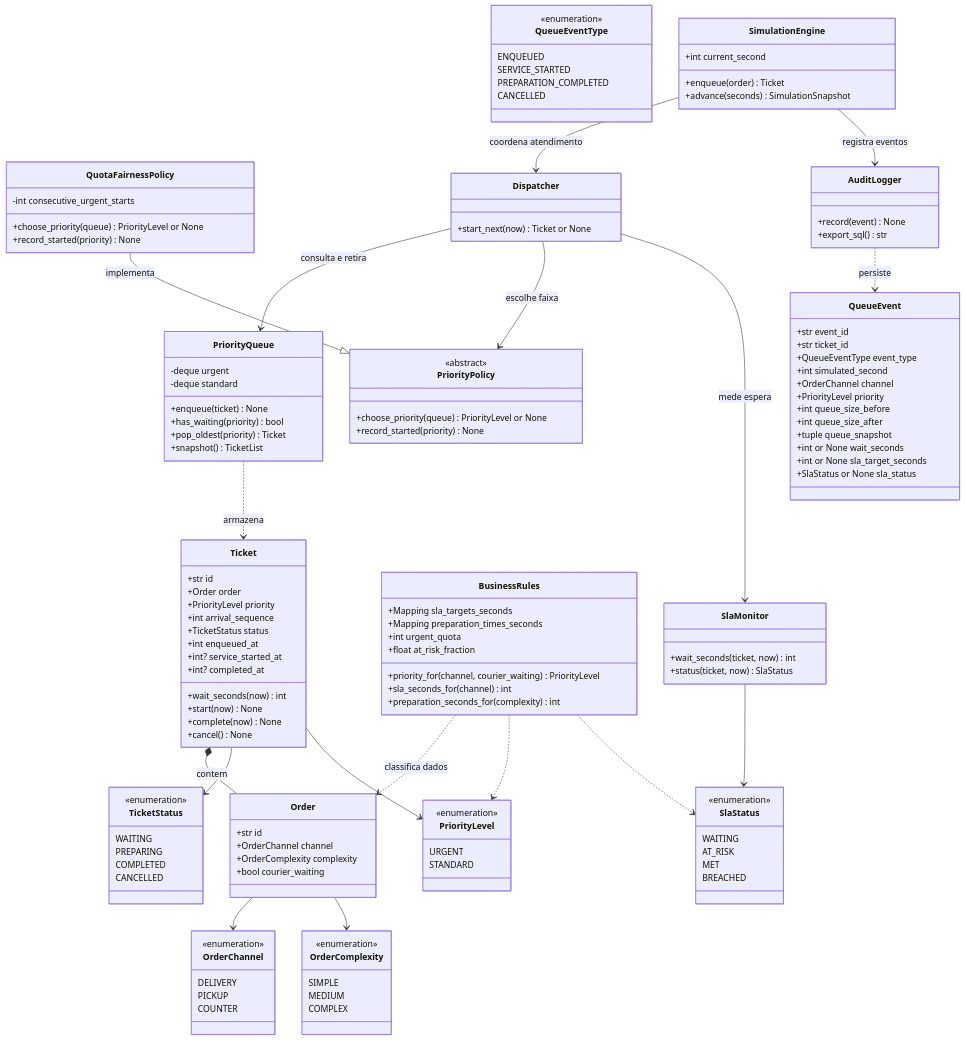
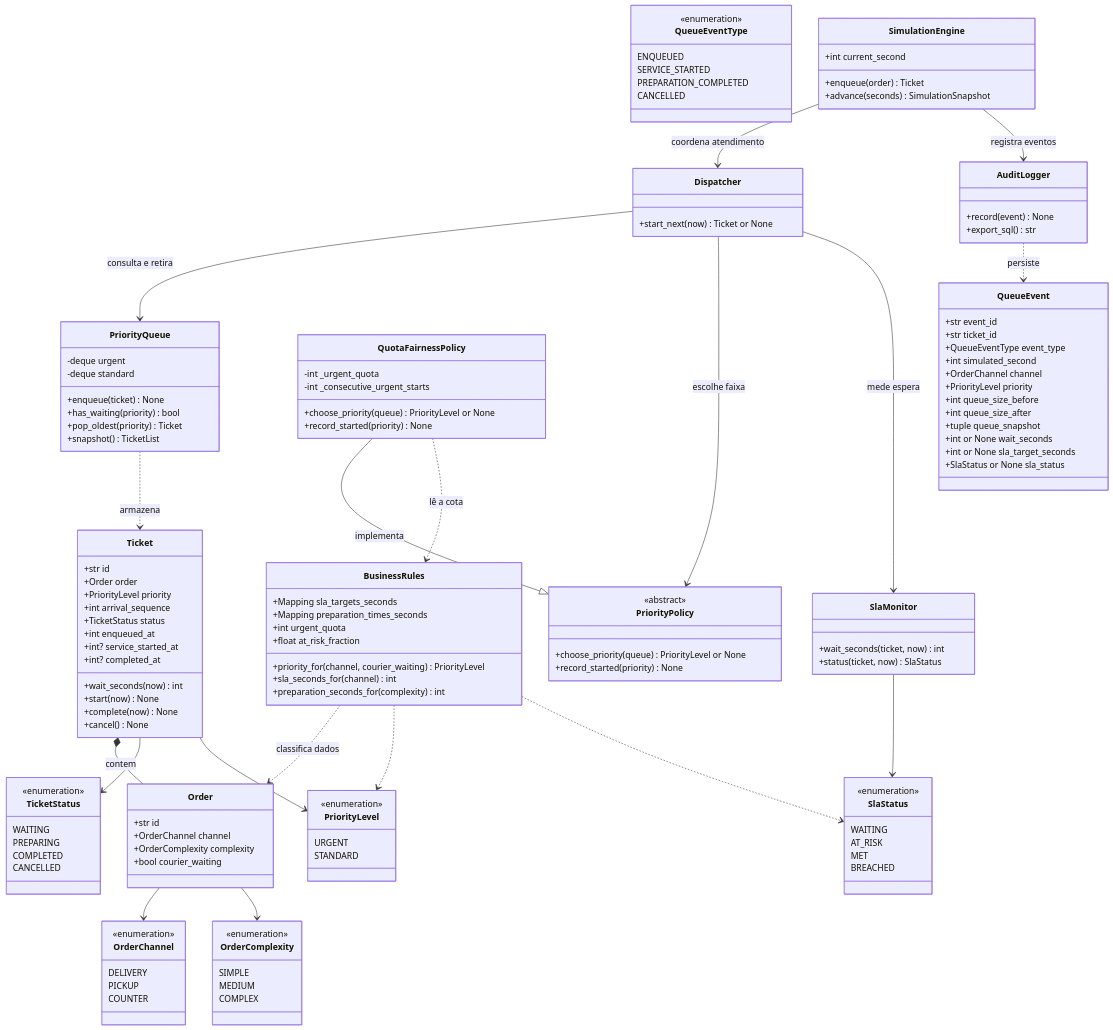
The diagram in docs/modelagem.md (JeffRosaDev/projeto_a3_sergio), drawn with Mermaid before and after one commit. The commit also changed 4 other files, not shown here.

```diff
--- a/docs/modelagem.md
+++ b/docs/modelagem.md
@@ -87,7 +87,8 @@
         +record_started(priority) None
     }
     class QuotaFairnessPolicy {
-        -int consecutive_urgent_starts
+        -int _urgent_quota
+        -int _consecutive_urgent_starts
         +choose_priority(queue) PriorityLevel or None
         +record_started(priority) None
     }
@@ -124,6 +125,7 @@
 
     Ticket *-- Order : contem
     QuotaFairnessPolicy --|> PriorityPolicy : implementa
+    QuotaFairnessPolicy ..> BusinessRules : lê a cota
     PriorityQueue ..> Ticket : armazena
     Dispatcher --> PriorityQueue : consulta e retira
     Dispatcher --> PriorityPolicy : escolhe faixa
```
